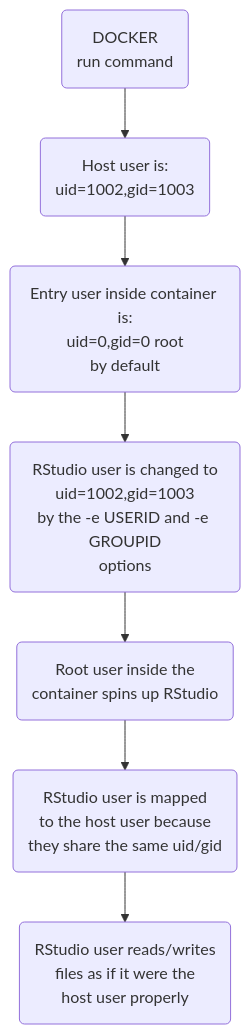
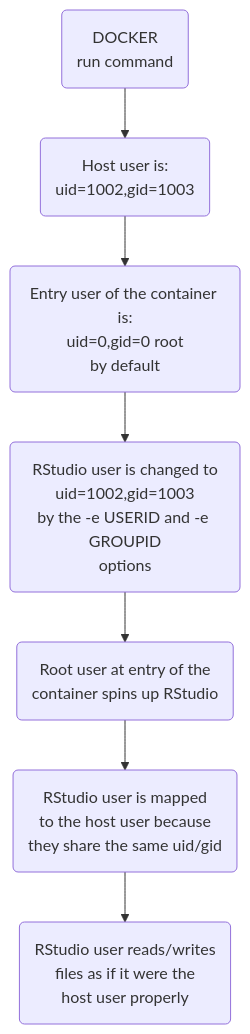
One commit to seergidev/seergidev.github.io changed the second of 2 diagrams in posts/rstudio_podman_post/rstudio_podman_post.qmd. Above: the diagram before and after it, drawn with Mermaid. The commit also changed other lines of this file and 5 other files, not shown here.

````diff
--- a/posts/rstudio_podman_post/rstudio_podman_post.qmd
+++ b/posts/rstudio_podman_post/rstudio_podman_post.qmd
@@ -227,9 +227,9 @@
 ```{mermaid}
 flowchart
   A(DOCKER<br>run command) --> B(Host user is:\nuid=1002,gid=1003)
-  B --> C(Entry user inside container is:\nuid=0,gid=0 root\nby default)
+  B --> C(Entry user of the container is:\nuid=0,gid=0 root\nby default)
   C --> D(RStudio user is changed to\nuid=1002,gid=1003\nby the -e USERID and -e GROUPID\noptions)
-  D --> E(Root user inside the\ncontainer spins up RStudio)
+  D --> E(Root user at entry of the\ncontainer spins up RStudio)
   E --> F(RStudio user is mapped\nto the host user because\nthey share the same uid/gid)
   F --> G(RStudio user reads/writes\nfiles as if it were the\nhost user properly)
 ```
````
